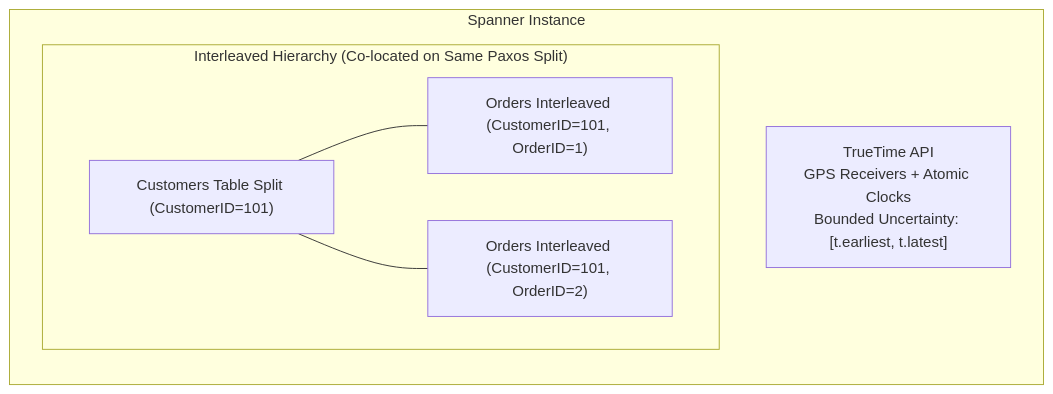
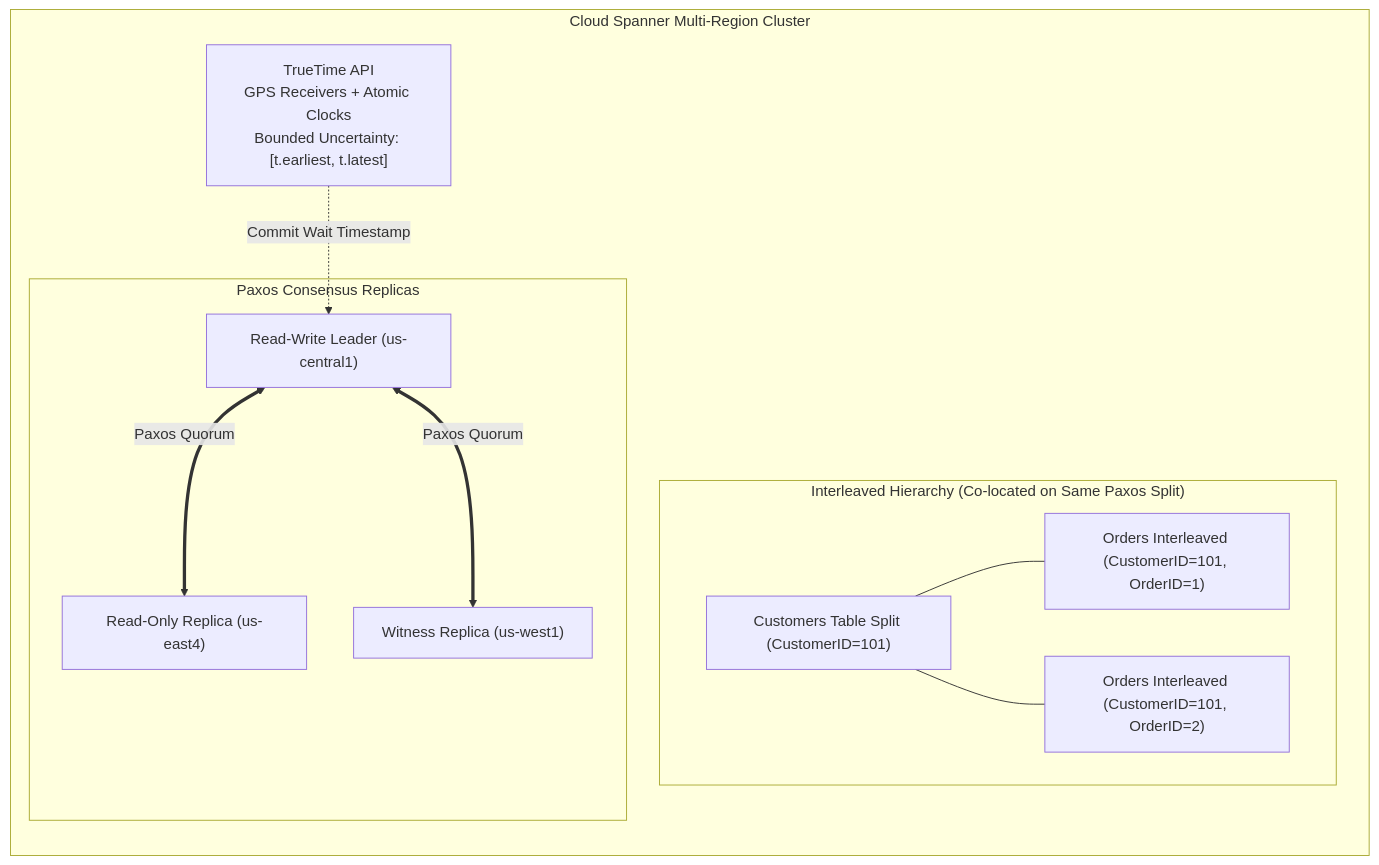
Before and after one commit to rohithvishaal/GCP_PDE_Notes: the fifth of 10 diagrams in 04_phase3_exam_domains/domain_3_storing_data.md, drawn with Mermaid. The commit also changed other lines of this file and 15 other files, not shown here.

````diff
--- a/04_phase3_exam_domains/domain_3_storing_data.md
+++ b/04_phase3_exam_domains/domain_3_storing_data.md
@@ -186,15 +222,25 @@
 ```mermaid
 flowchart TD
-    subgraph Spanner_Cluster["Spanner Instance"]
+    subgraph Spanner_Cluster["Cloud Spanner Multi-Region Cluster"]
         direction TB
         TT["TrueTime API<br/>GPS Receivers + Atomic Clocks<br/>Bounded Uncertainty: [t.earliest, t.latest]"]
         
         subgraph Split_Colocation["Interleaved Hierarchy (Co-located on Same Paxos Split)"]
             Parent["Customers Table Split (CustomerID=101)"]
             Child1["Orders Interleaved (CustomerID=101, OrderID=1)"]
             Child2["Orders Interleaved (CustomerID=101, OrderID=2)"]
             Parent --- Child1
             Parent --- Child2
         end
+
+        subgraph Paxos_Replication["Paxos Consensus Replicas"]
+            R_ReadWrite["Read-Write Leader (us-central1)"]
+            R_Read["Read-Only Replica (us-east4)"]
+            R_Witness["Witness Replica (us-west1)"]
+        end
     end
+
+    TT -.Commit Wait Timestamp.-> R_ReadWrite
+    R_ReadWrite <==>|Paxos Quorum| R_Read
+    R_ReadWrite <==>|Paxos Quorum| R_Witness
 ```
````
